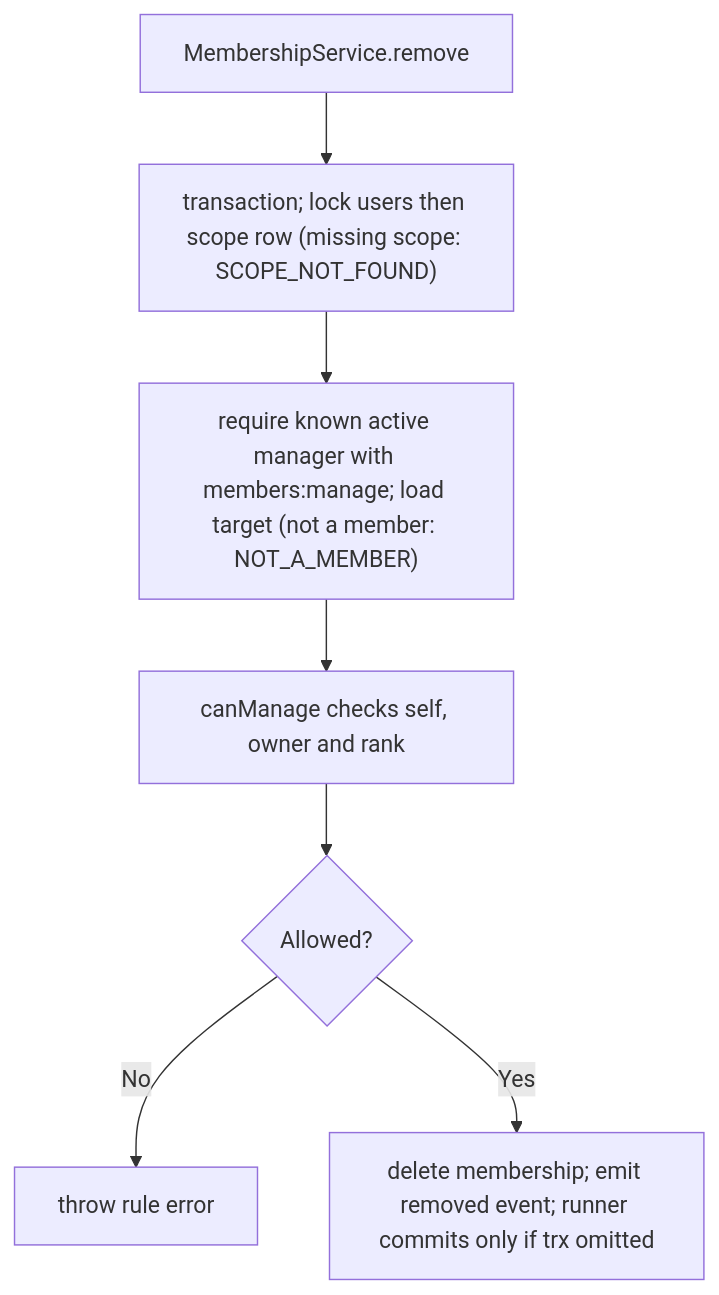
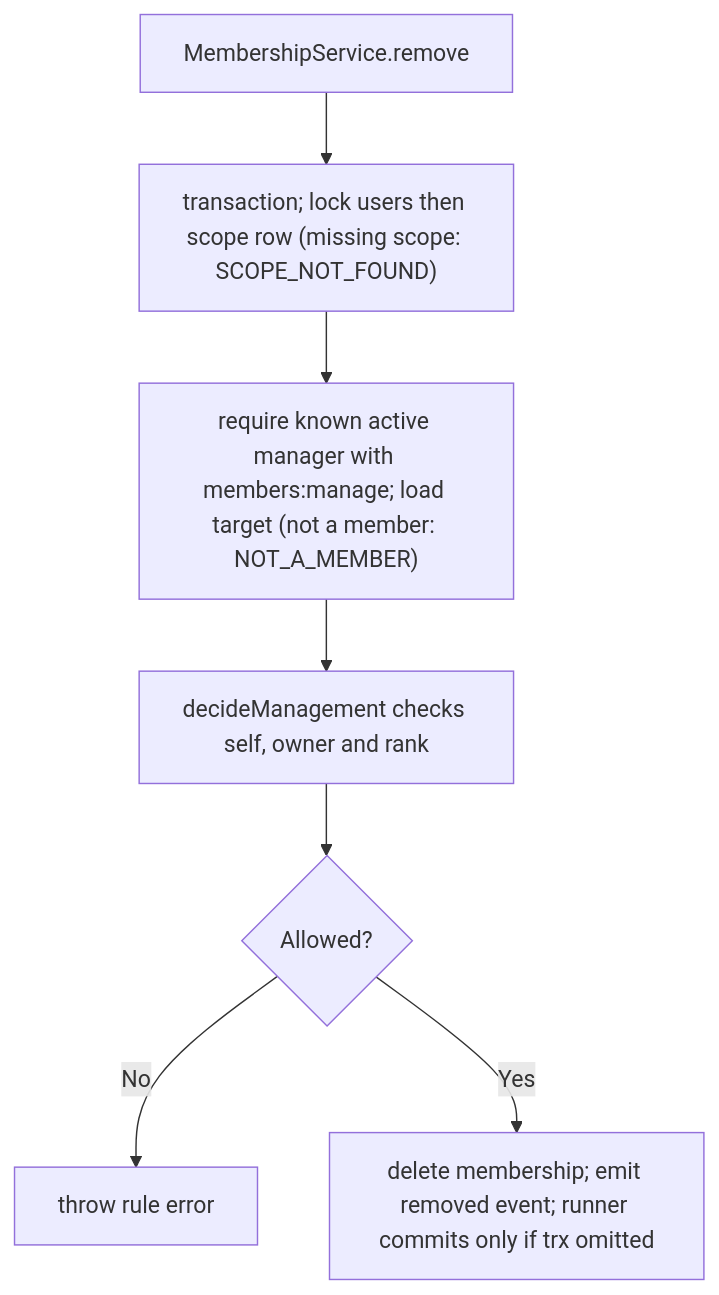
Before and after one commit to Kevinjohn/oss-adonisjs-access-control: the second of 2 diagrams in user-stories/US-ACCESS-06-remove-member.md, drawn with Mermaid. The commit also changed 25 other files, not shown here.

````diff
--- a/user-stories/US-ACCESS-06-remove-member.md
+++ b/user-stories/US-ACCESS-06-remove-member.md
@@ -38,9 +38,9 @@
 ```mermaid
 flowchart TD
     A["MembershipService.remove"] --> B["transaction; lock users then scope row (missing scope: SCOPE_NOT_FOUND)"]
     B --> C["require known active manager with members:manage; load target (not a member: NOT_A_MEMBER)"]
-    C --> D["canManage checks self, owner and rank"]
+    C --> D["decideManagement checks self, owner and rank"]
     D --> E{"Allowed?"}
     E -->|No| F["throw rule error"]
     E -->|Yes| G["delete membership; emit removed event; runner commits only if trx omitted"]
 ```
````
